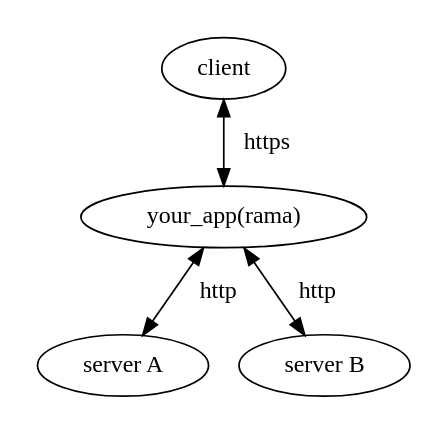
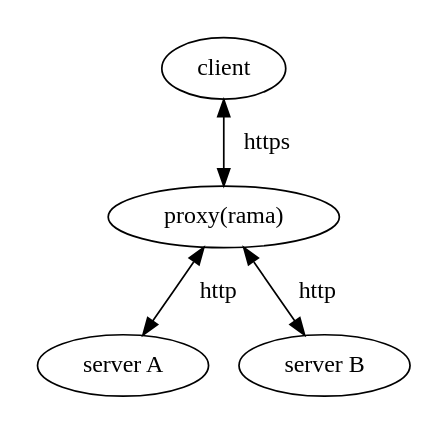
One commit to plabayo/rama changed the diagram in docs/book/src/proxies/tls.md. Above: the diagram before and after it, drawn with Graphviz. The commit also changed 3 other files, not shown here.

````diff
--- a/docs/book/src/proxies/tls.md
+++ b/docs/book/src/proxies/tls.md
@@ -19,8 +19,8 @@
 ```dot process
 digraph {
     pad=0.2;
-    "client" -> "your_app(rama)" [dir=both; label="  https"]
-    "your_app(rama)" -> "server A" [dir=both; label="  http"]
-    "your_app(rama)" -> "server B" [dir=both; label="  http"]
+    "client" -> "proxy(rama)" [dir=both; label="  https"]
+    "proxy(rama)" -> "server A" [dir=both; label="  http"]
+    "proxy(rama)" -> "server B" [dir=both; label="  http"]
 }
 ```
````
